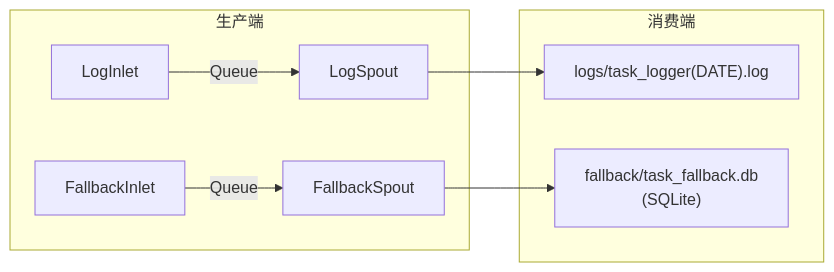
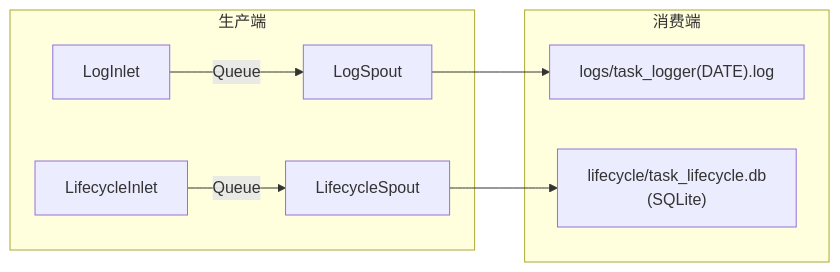
One commit to Mr-xiaotian/CelestialFlow changed the sixth of 9 diagrams in docs/zh-CN/presentation.md. Above: the diagram before and after it, drawn with Mermaid. The commit also changed other lines of this file and 80 other files, not shown here.

````diff
--- a/docs/zh-CN/presentation.md
+++ b/docs/zh-CN/presentation.md
@@ -331,12 +329,12 @@
 ```mermaid
 graph LR
     subgraph 生产端
         A[LogInlet] -->|Queue| B[LogSpout]
-        C[FallbackInlet] -->|Queue| D[FallbackSpout]
+        C[LifecycleInlet] -->|Queue| D[LifecycleSpout]
     end
 
     subgraph 消费端
         B --> E["logs/task_logger(DATE).log"]
-        D --> F["fallback/task_fallback.db<br/>(SQLite)"]
+        D --> F["lifecycle/task_lifecycle.db<br/>(SQLite)"]
     end
 ```
````
